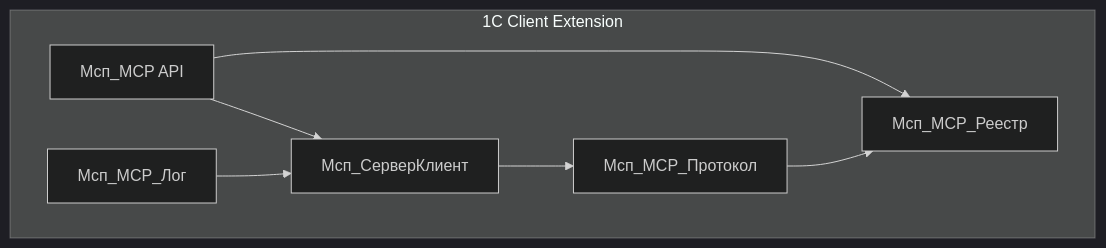
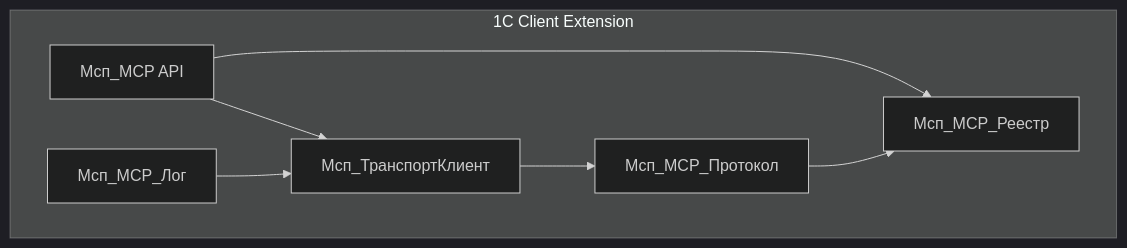
Before and after one commit to SandersNeo/onec-client-mcp-devkit: the second of 4 diagrams in ARCHITECTURE.md, drawn with Mermaid (dark theme). The commit also changed other lines of this file and 11 other files, not shown here.

````diff
--- a/ARCHITECTURE.md
+++ b/ARCHITECTURE.md
@@ -16,16 +16,16 @@
 ```mermaid
 flowchart TB
   subgraph ClientSide[1C Client Extension]
     API[Мсп_MCP API]
     Registry[Мсп_MCP_Реестр]
     Protocol[Мсп_MCP_Протокол]
-    Transport[Мсп_СерверКлиент]
+    Transport[Мсп_ТранспортКлиент]
     Log[Мсп_MCP_Лог]
   end
 
   API --> Registry
   API --> Transport
   Protocol --> Registry
   Transport --> Protocol
   Log --> Transport
 ```
````
